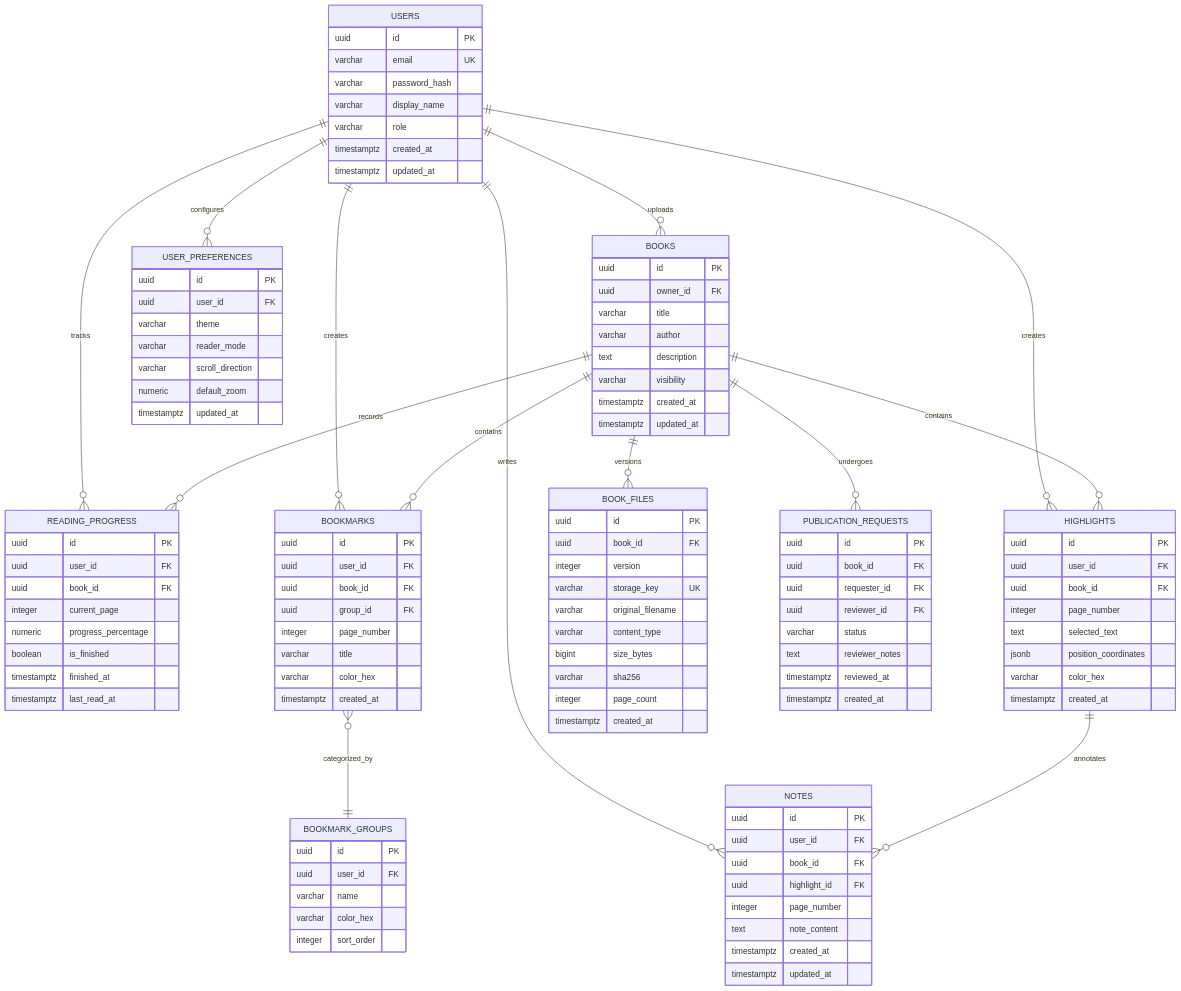
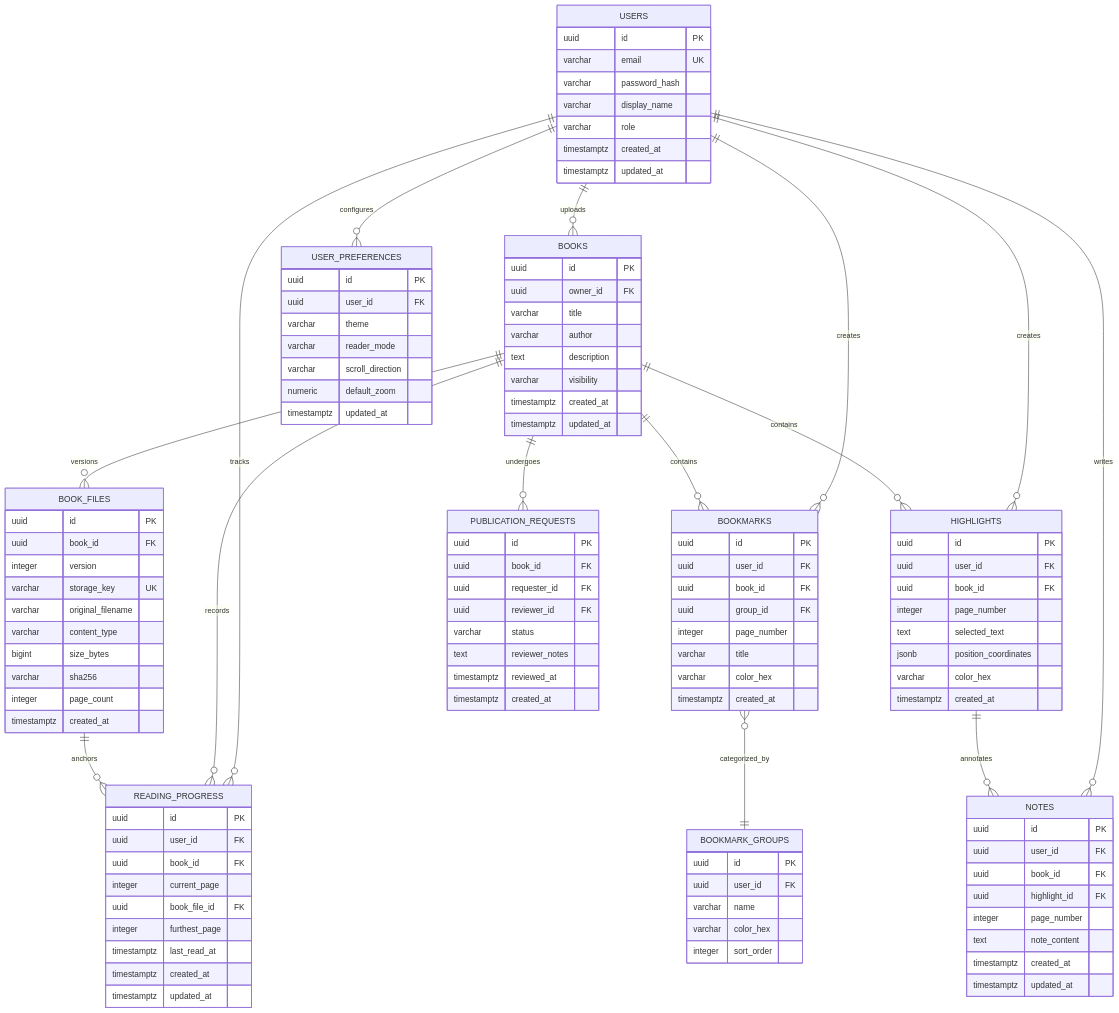
Before and after one commit to dodoododo/openshelf-ebook-website: the diagram in docs/architecture/database-design.md, drawn with Mermaid. The commit also changed other lines of this file and 43 other files, not shown here.

Commit message:
feat: implement private reading progress and continue reading

```diff
--- a/docs/architecture/database-design.md
+++ b/docs/architecture/database-design.md
@@ -33,6 +41,7 @@
     USERS ||--o{ USER_PREFERENCES : "configures"
 
     BOOKS ||--o{ READING_PROGRESS : "records"
+    BOOK_FILES ||--o{ READING_PROGRESS : "anchors"
     BOOKS ||--o{ BOOK_FILES : "versions"
     BOOKS ||--o{ BOOKMARKS : "contains"
     BOOKS ||--o{ HIGHLIGHTS : "contains"
@@ -91,10 +100,11 @@
         uuid user_id FK
         uuid book_id FK
         integer current_page
-        numeric progress_percentage
-        boolean is_finished
-        timestamptz finished_at
+        uuid book_file_id FK
+        integer furthest_page
         timestamptz last_read_at
+        timestamptz created_at
+        timestamptz updated_at
     }
 
     BOOKMARKS {
```
